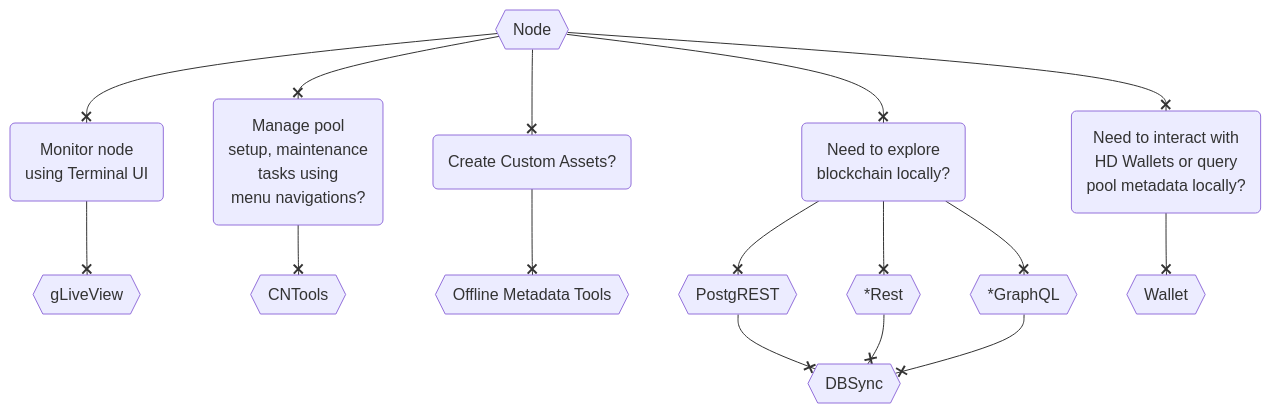
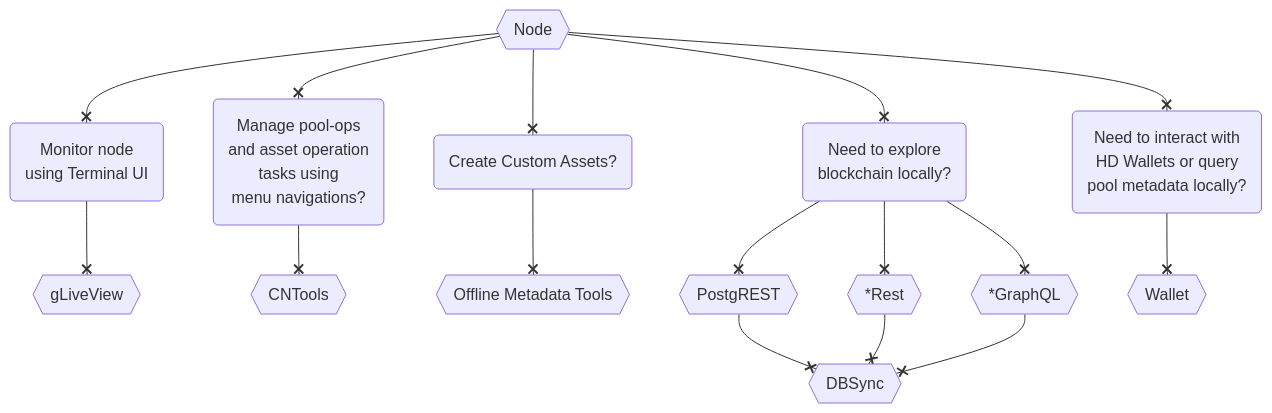
The diagram in docs/build.md (cardano-community/guild-operators), drawn with Mermaid before and after one commit.

Commit message:
build.md: rename cntools req desc to include assets operations

````diff
--- a/docs/build.md
+++ b/docs/build.md
@@ -7,26 +7,26 @@
 ```mermaid
 graph TB
   A(Need to interact with <br/>HD Wallets or query<br/> pool metadata locally?)
   B(Need to explore <br/> blockchain locally?)
-  C(Manage pool <br/> setup, maintenance <br/> tasks using <br/> menu navigations?)
+  C(Manage pool-ops <br/> and asset operation <br/> tasks using <br/> menu navigations?)
   D(Create Custom Assets?)
   E(Monitor node <br/> using Terminal UI)
   O{{Node}}
   P{{PostgREST}}
   Q{{DBSync }}
   R{{Wallet}}
   S{{CNTools}}
   T{{*Rest}}
   U{{*GraphQL}}
   V{{Offline Metadata Tools}}
   X{{gLiveView}}
 
 O --x E --x X
 O --x C --x S
 O --x D --x V
 O --x B
 B --x P --x Q
 B --x T --x Q
 B --x U --x Q
 O --x A --x R
 ```
````
